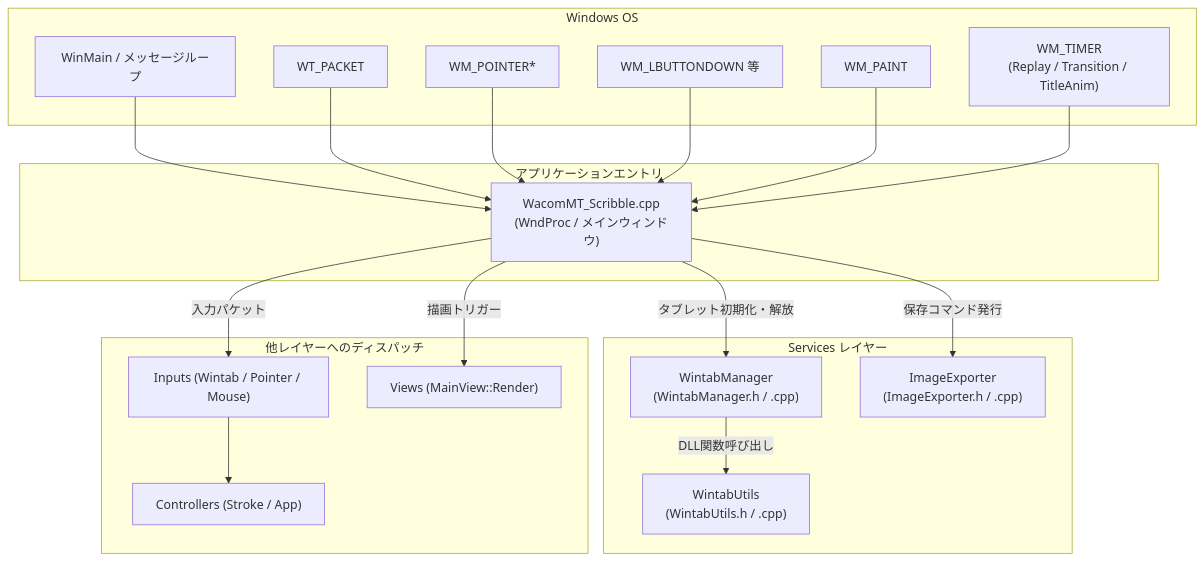
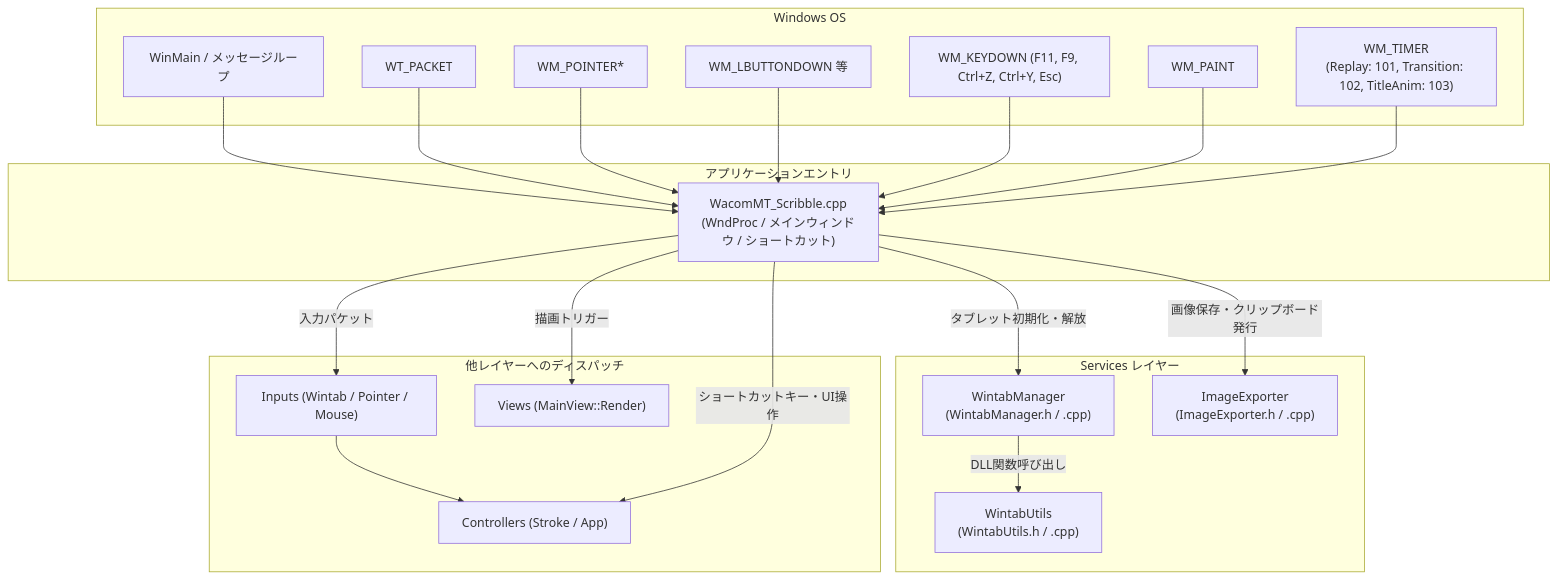
Before and after one commit to OkuboKazuki/Fude_Sense: the diagram in learn/services_and_entry.md, drawn with Mermaid. The commit also changed other lines of this file and 6 other files, not shown here.

````diff
--- a/learn/services_and_entry.md
+++ b/learn/services_and_entry.md
@@ -11,42 +11,45 @@
 ```mermaid
 graph TD
     subgraph OS ["Windows OS"]
         WinMain["WinMain / メッセージループ"]
         MsgWT["WT_PACKET"]
         MsgPtr["WM_POINTER*"]
         MsgMouse["WM_LBUTTONDOWN 等"]
+        MsgKey["WM_KEYDOWN (F11, F9, Ctrl+Z, Ctrl+Y, Esc)"]
         MsgPaint["WM_PAINT"]
-        MsgTimer["WM_TIMER<br>(Replay / Transition / TitleAnim)"]
+        MsgTimer["WM_TIMER<br>(Replay: 101, Transition: 102, TitleAnim: 103)"]
     end
 
     subgraph EntryLayer ["アプリケーションエントリ"]
-        MainApp["WacomMT_Scribble.cpp<br>(WndProc / メインウィンドウ)"]
+        MainApp["WacomMT_Scribble.cpp<br>(WndProc / メインウィンドウ / ショートカット)"]
     end
 
     subgraph ServiceLayer ["Services レイヤー"]
         WM["WintabManager<br>(WintabManager.h / .cpp)"]
         WU["WintabUtils<br>(WintabUtils.h / .cpp)"]
         IE["ImageExporter<br>(ImageExporter.h / .cpp)"]
     end
 
     subgraph OtherLayers ["他レイヤーへのディスパッチ"]
         Adapters["Inputs (Wintab / Pointer / Mouse)"]
         Controllers["Controllers (Stroke / App)"]
         Views["Views (MainView::Render)"]
     end
 
     WinMain --> MainApp
     MsgWT --> MainApp
     MsgPtr --> MainApp
     MsgMouse --> MainApp
+    MsgKey --> MainApp
     MsgPaint --> MainApp
     MsgTimer --> MainApp
 
     MainApp -->|タブレット初期化・解放| WM
     WM -->|DLL関数呼び出し| WU
-    MainApp -->|保存コマンド発行| IE
+    MainApp -->|画像保存・クリップボード発行| IE
 
     MainApp -->|入力パケット| Adapters
     Adapters --> Controllers
+    MainApp -->|ショートカットキー・UI操作| Controllers
     MainApp -->|描画トリガー| Views
 ```
````
